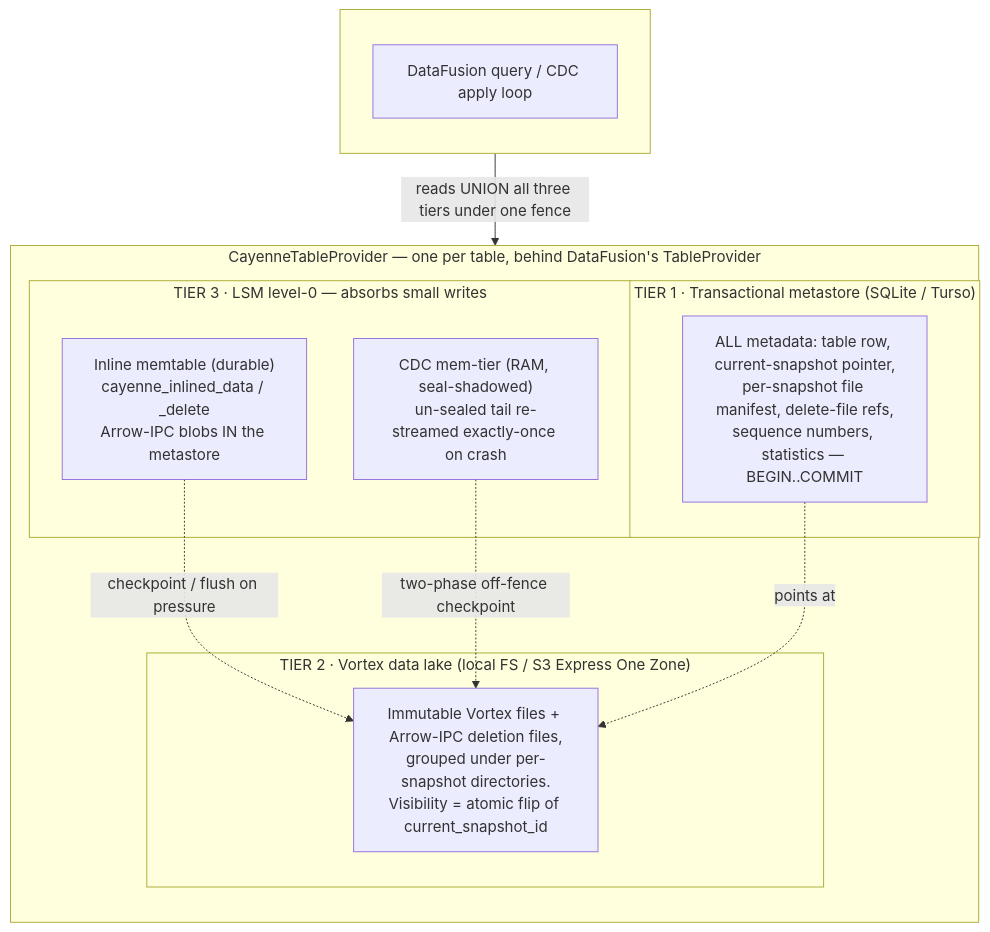
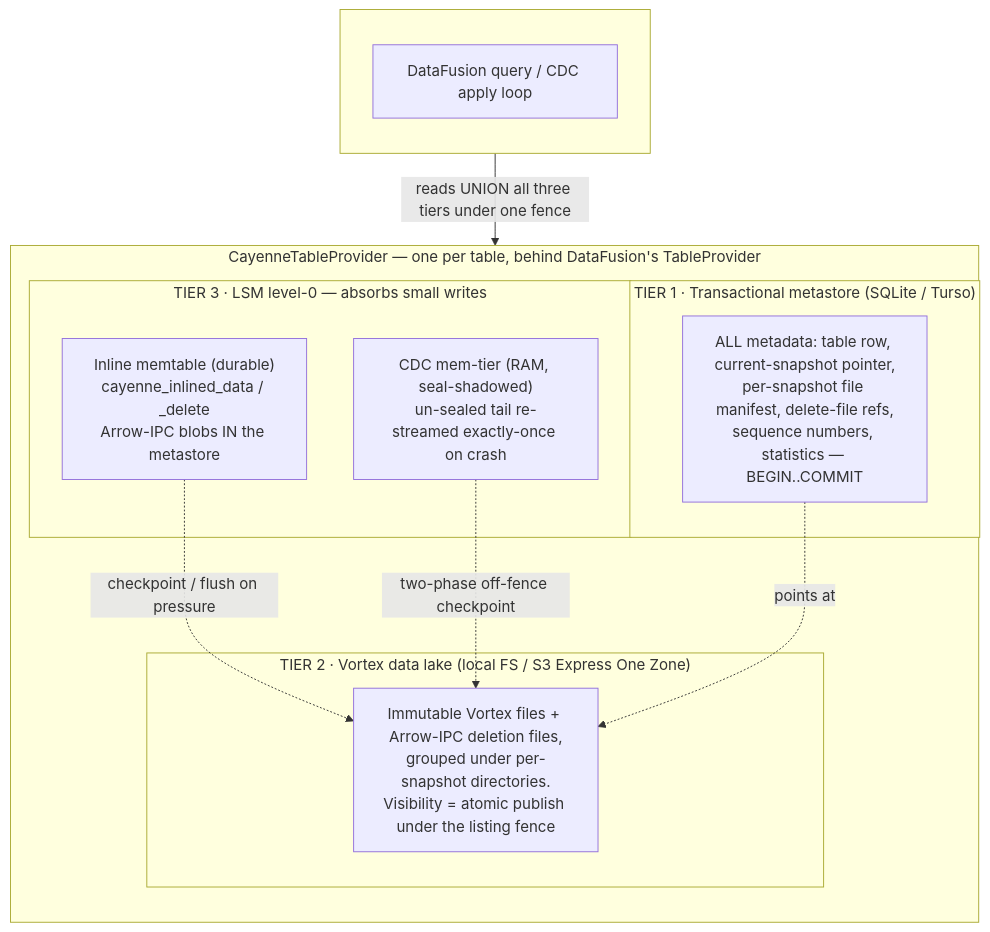
The first of 22 diagrams in docs/cayenne/cayenne.md (spiceai/spiceai), drawn with Mermaid before and after one commit. The commit also changed other lines of this file and 3 other files, not shown here.

````diff
--- a/docs/cayenne/cayenne.md
+++ b/docs/cayenne/cayenne.md
@@ -123,29 +123,29 @@
 ```mermaid
 flowchart TB
     subgraph CLIENT[" "]
         direction TB
         DF["DataFusion query / CDC apply loop"]
     end
 
     subgraph PROVIDER["CayenneTableProvider — one per table, behind DataFusion's TableProvider"]
         direction TB
 
         subgraph T1["TIER 1 · Transactional metastore (SQLite / Turso)"]
             M["ALL metadata: table row, current-snapshot pointer,<br/>per-snapshot file manifest, delete-file refs,<br/>sequence numbers, statistics — BEGIN..COMMIT"]
         end
 
         subgraph T3["TIER 3 · LSM level-0 — absorbs small writes"]
             L0A["Inline memtable (durable)<br/>cayenne_inlined_data / _delete<br/>Arrow-IPC blobs IN the metastore"]
             L0B["CDC mem-tier (RAM, seal-shadowed)<br/>un-sealed tail re-streamed exactly-once on crash"]
         end
 
         subgraph T2["TIER 2 · Vortex data lake (local FS / S3 Express One Zone)"]
-            V["Immutable Vortex files + Arrow-IPC deletion files,<br/>grouped under per-snapshot directories.<br/>Visibility = atomic flip of current_snapshot_id"]
+            V["Immutable Vortex files + Arrow-IPC deletion files,<br/>grouped under per-snapshot directories.<br/>Visibility = atomic publish under the listing fence"]
         end
     end
 
     DF -->|"reads UNION all three tiers under one fence"| PROVIDER
     L0A -.->|"checkpoint / flush on pressure"| V
     L0B -.->|"two-phase off-fence checkpoint"| V
     M -.->|"points at"| V
 ```
````
